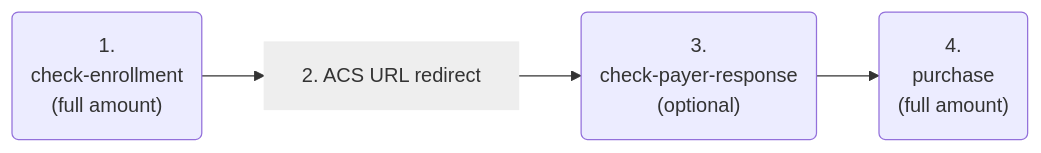
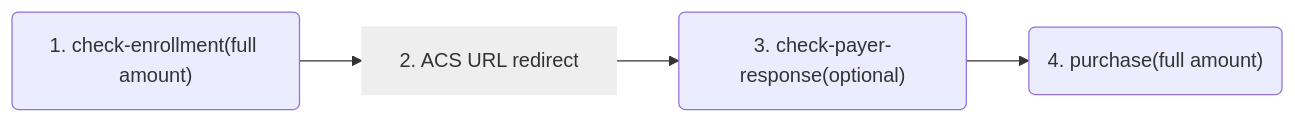
The third of 17 diagrams in 11-01-09-three-d-secure-two-payment-flows.adoc (wirecard/merchant-documentation-gateway), drawn with Mermaid before and after one commit. The commit also changed other lines of this file and 1 other file, not shown here.

Commit message:
Update diagrams

```diff
--- a/11-01-09-three-d-secure-two-payment-flows.adoc
+++ b/11-01-09-three-d-secure-two-payment-flows.adoc
@@ -335,9 +335,9 @@
 [mermaid,API_CC_3DS2_PaymentFlows_FirstPaymentCICheckout_First,svg,width=60]
 ----
 graph LR
-A("<center>1.<br>check-enrollment<br>(full amount)</center>")-->B
-B["<center>2. ACS URL redirect</center>"]-->C
-C("<center>3.<br>check-payer-response<br>(optional)</center>")-->D
-D("<center>4.<br>purchase<br>(full amount)</center>")
+A("1. check-enrollment(full amount)")-->B
+B["2. ACS URL redirect"]-->C
+C("3. check-payer-response(optional)")-->D
+D("4. purchase(full amount)")
 style B fill:#eee, stroke:#eee
 ----
```
